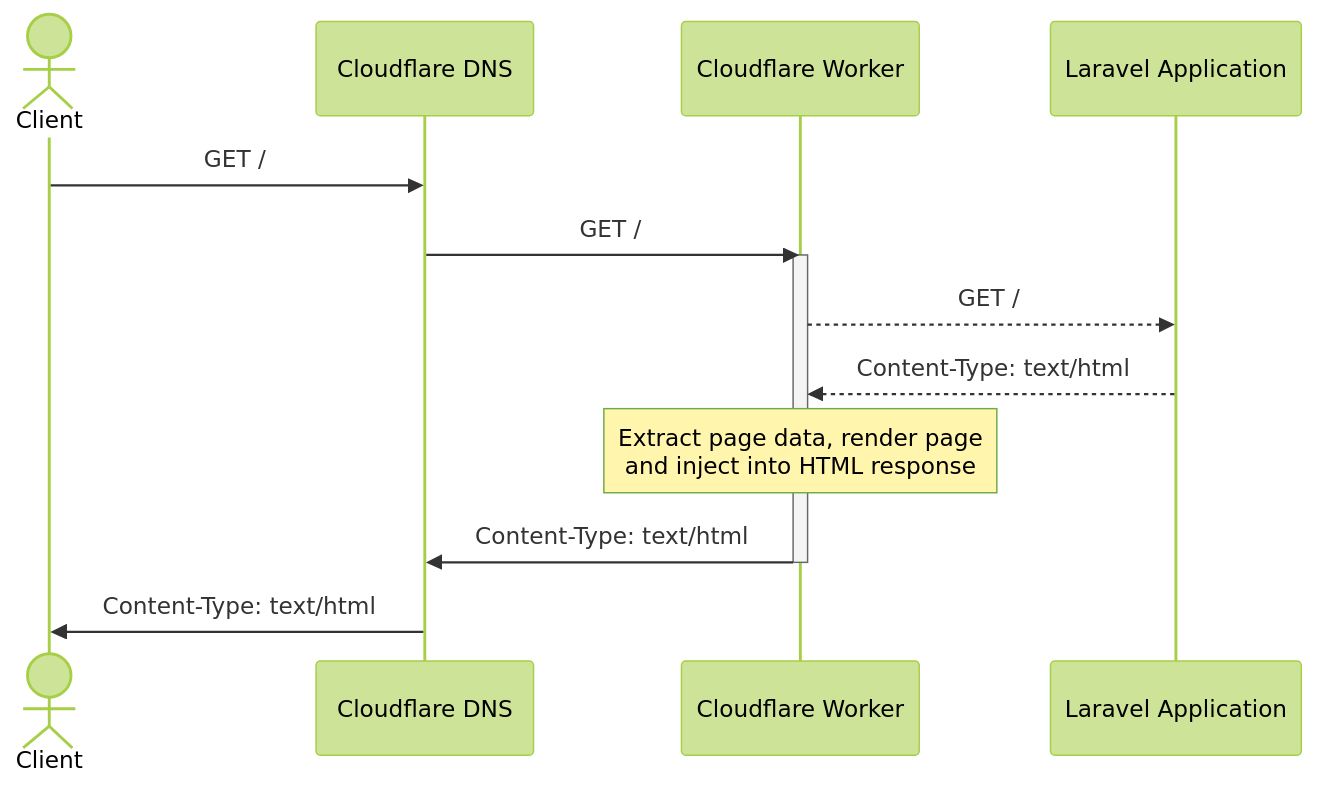
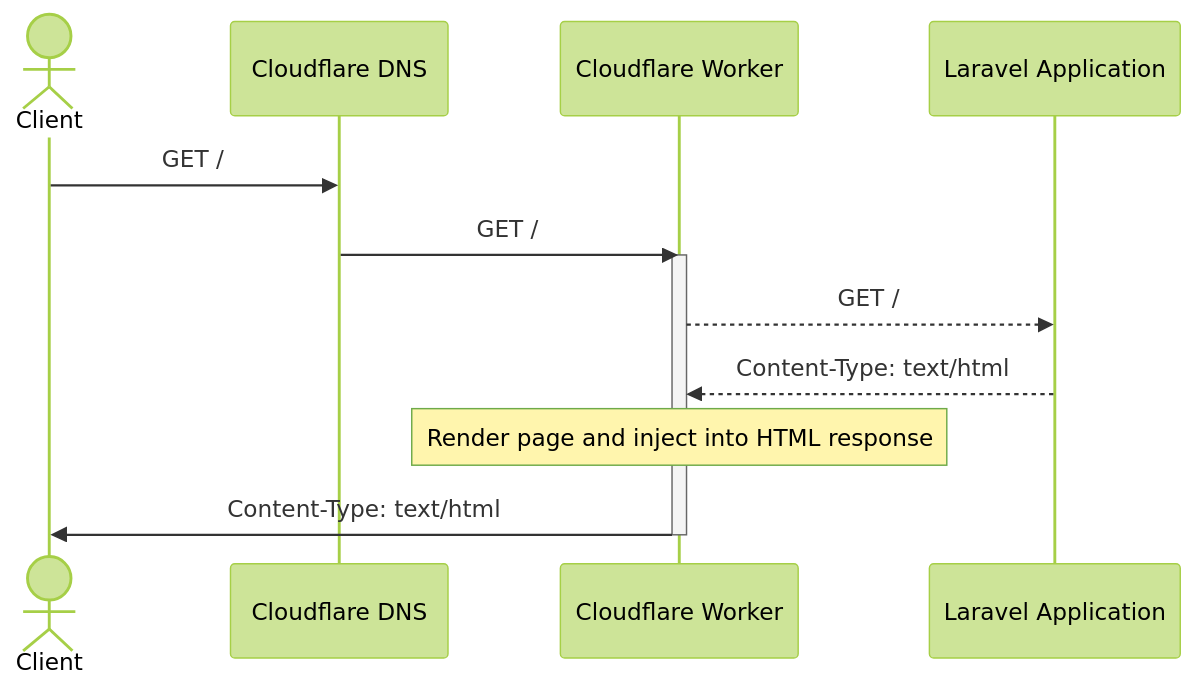
One commit to iksaku/inertias-edge-ssr-poc changed the first of 2 diagrams in README.md. Above: the diagram before and after it, drawn with Mermaid (forest theme). The commit also changed other lines of this file, not shown here.

Commit message:
Improve diagrams

````diff
--- a/README.md
+++ b/README.md
@@ -15,17 +15,16 @@
 ```mermaid
 sequenceDiagram
     actor C as Client
     participant CF as Cloudflare DNS
     participant W as Cloudflare Worker
     participant L as Laravel Application
     
     C->>CF: GET /
     CF->>W: GET /
     activate W
     W-->>L: GET /
     L-->>W: Content-Type: text/html
-    note over W: Extract page data, render page<br/>and inject into HTML response
-    W->>CF: Content-Type: text/html
+    note over W: Render page and inject into HTML response
+    W->>C: Content-Type: text/html
     deactivate W
-    CF->>C: Content-Type: text/html
 ```
````
